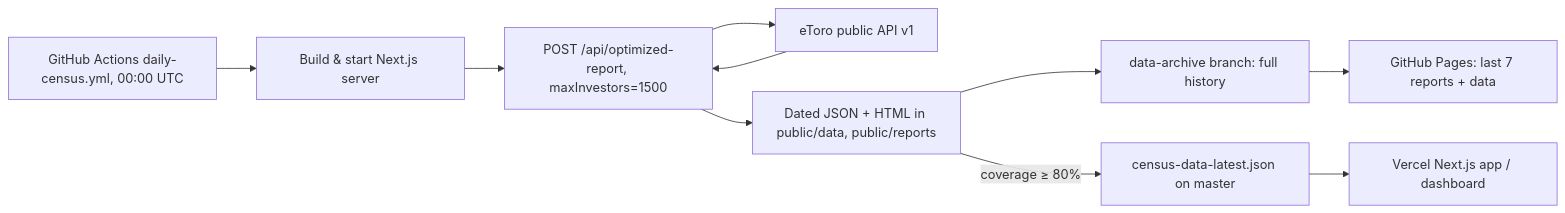
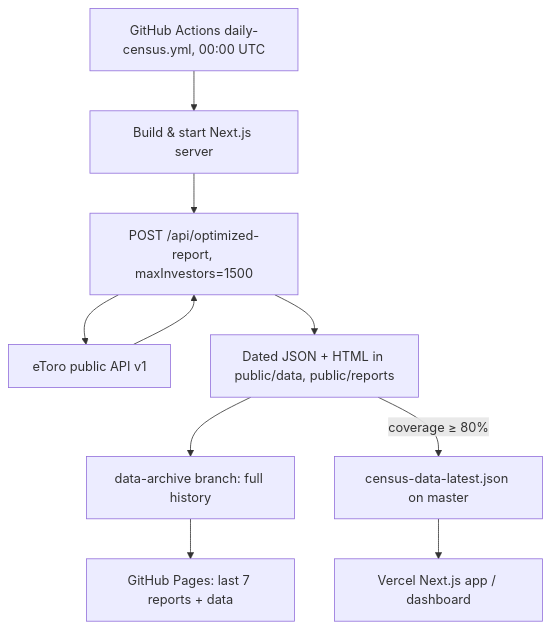
One commit to weirdapps/etoro_census changed the diagram in README.md. Above: the diagram before and after it, drawn with Mermaid.

Commit message:
docs: switch README architecture diagram to vertical layout
Convert the Mermaid diagram from horizontal (LR) to vertical (TD) so it renders
without horizontal scrolling in the GitHub README column.

````diff
--- a/README.md
+++ b/README.md
@@ -78,12 +78,12 @@
 ```mermaid
-flowchart LR
+flowchart TD
     A[GitHub Actions daily-census.yml, 00:00 UTC] --> B[Build & start Next.js server]
     B --> C[POST /api/optimized-report, maxInvestors=1500]
     C --> D[eToro public API v1]
     D --> C
     C --> E[Dated JSON + HTML in public/data, public/reports]
     E --> F[data-archive branch: full history]
     E -->|coverage ≥ 80%| G[census-data-latest.json on master]
     F --> H[GitHub Pages: last 7 reports + data]
     G --> I[Vercel Next.js app / dashboard]
 ```
````
